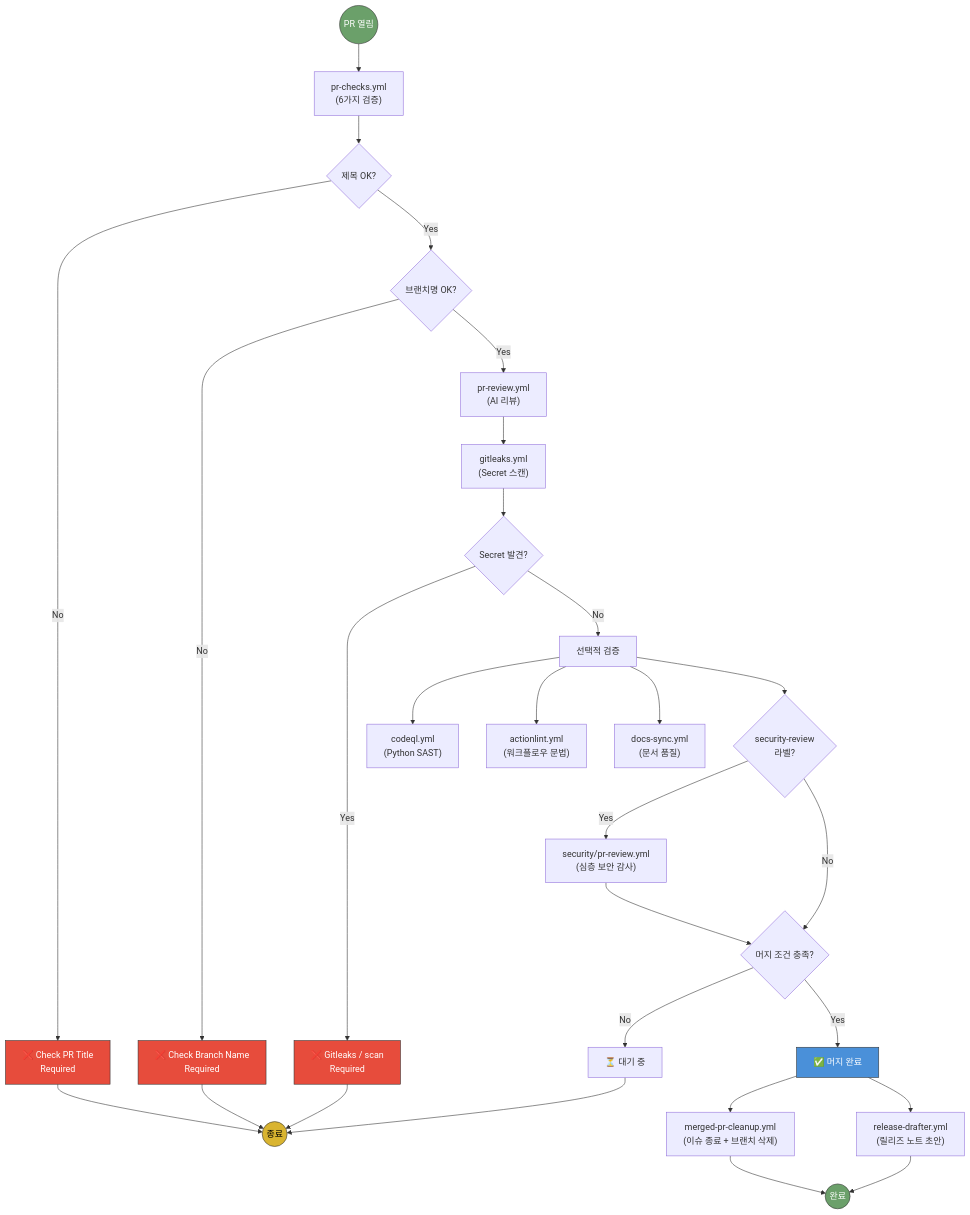
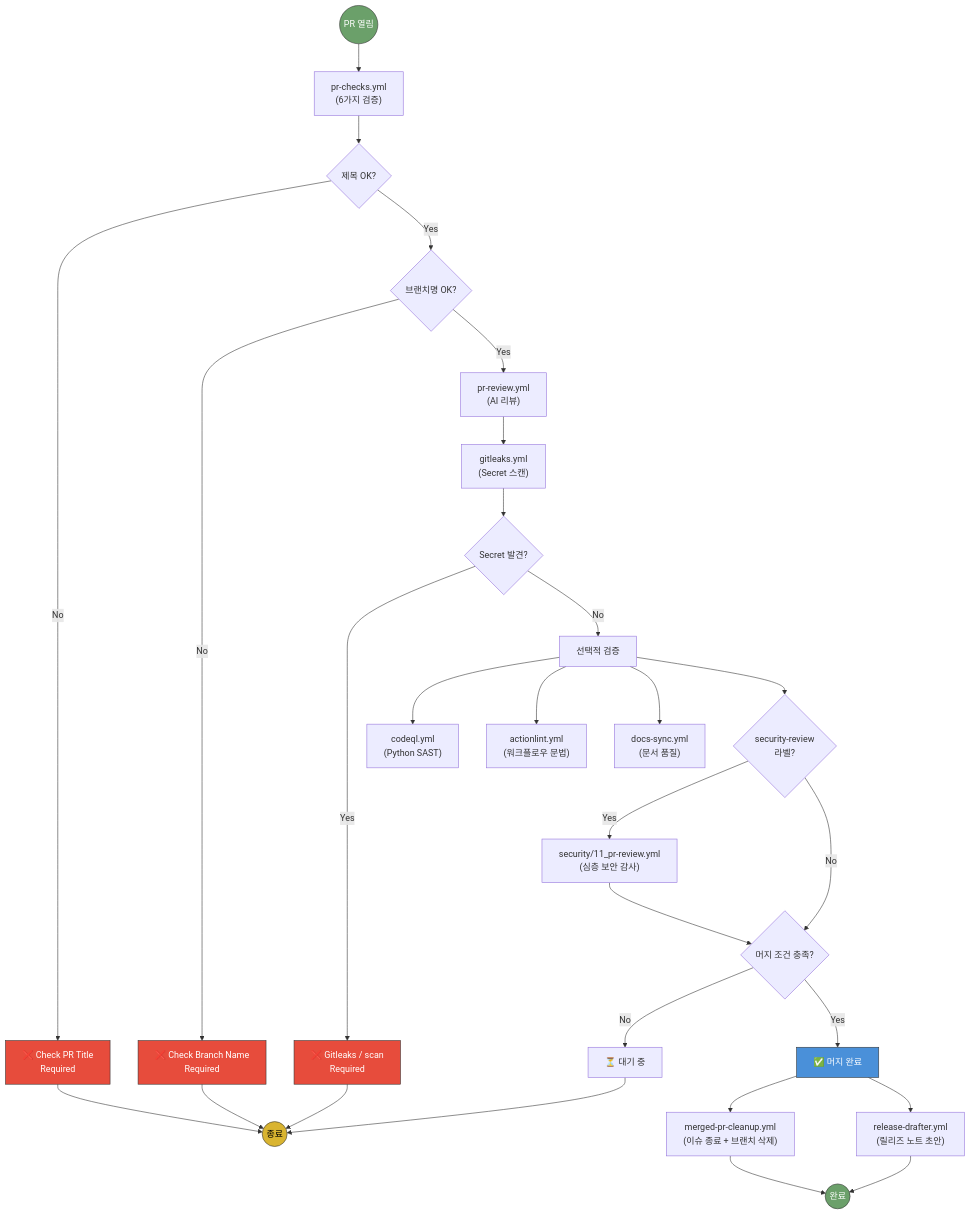
One commit to jclee941/.github changed the second of 10 diagrams in docs/architecture.md. Above: the diagram before and after it, drawn with Mermaid. The commit also changed other lines of this file and 2 other files, not shown here.

Commit message:
docs: update stale security workflow path to NN_ convention
After the security review workflow was renamed to security/11_pr-review.yml, several docs still referenced the old security/pr-review.yml and the never-existing security/10_pr-review.yml. Update AGENTS.md, architecture.md and git-workflow-gap-analysis.md to the actual path. The deploy-to-repos removedWorkflows entry keeps the old name intentionally (it deletes the pre-rename file downstream).

````diff
--- a/docs/architecture.md
+++ b/docs/architecture.md
@@ -60,46 +60,46 @@
 ```mermaid
 flowchart TD
     START(("PR 열림")) --> CHECKS["pr-checks.yml<br/>(6가지 검증)"]
     
     CHECKS --> TITLE{제목 OK?}
     TITLE -->|No| FAIL1["❌ Check PR Title<br/>Required"]
     TITLE -->|Yes| BRANCH{브랜치명 OK?}
     
     BRANCH -->|No| FAIL2["❌ Check Branch Name<br/>Required"]
     BRANCH -->|Yes| REVIEW["pr-review.yml<br/>(AI 리뷰)"]
     
     REVIEW --> GITLEAKS["gitleaks.yml<br/>(Secret 스캔)"]
     GITLEAKS --> SECRET{Secret 발견?}
     SECRET -->|Yes| FAIL3["❌ Gitleaks / scan<br/>Required"]
     SECRET -->|No| OPTIONAL["선택적 검증"]
     
     OPTIONAL --> CODEQL["codeql.yml<br/>(Python SAST)"]
     OPTIONAL --> ACTIONLINT["actionlint.yml<br/>(워크플로우 문법)"]
     OPTIONAL --> DOCS["docs-sync.yml<br/>(문서 품질)"]
     
     OPTIONAL --> SECURITY{"security-review<br/>라벨?"}
-    SECURITY -->|Yes| DEEP["security/pr-review.yml<br/>(심층 보안 감사)"]
+    SECURITY -->|Yes| DEEP["security/11_pr-review.yml<br/>(심층 보안 감사)"]
     SECURITY -->|No| MERGE_CHECK
     
     DEEP --> MERGE_CHECK{머지 조건 충족?}
     MERGE_CHECK -->|No| WAIT["⏳ 대기 중"]
     MERGE_CHECK -->|Yes| MERGED["✅ 머지 완료"]
     
     MERGED --> CLEANUP["merged-pr-cleanup.yml<br/>(이슈 종료 + 브랜치 삭제)"]
     MERGED --> RELEASE["release-drafter.yml<br/>(릴리즈 노트 초안)"]
     
     FAIL1 --> END1(("종료"))
     FAIL2 --> END1
     FAIL3 --> END1
     WAIT --> END1
     CLEANUP --> END2(("완료"))
     RELEASE --> END2
     
     style START fill:#6ba06a,stroke:#333,color:#fff
     style END1 fill:#d9b430,stroke:#333,color:#000
     style END2 fill:#6ba06a,stroke:#333,color:#fff
     style FAIL1 fill:#e74c3c,stroke:#333,color:#fff
     style FAIL2 fill:#e74c3c,stroke:#333,color:#fff
     style FAIL3 fill:#e74c3c,stroke:#333,color:#fff
     style MERGED fill:#4a90d9,stroke:#333,color:#fff
 ```
````
